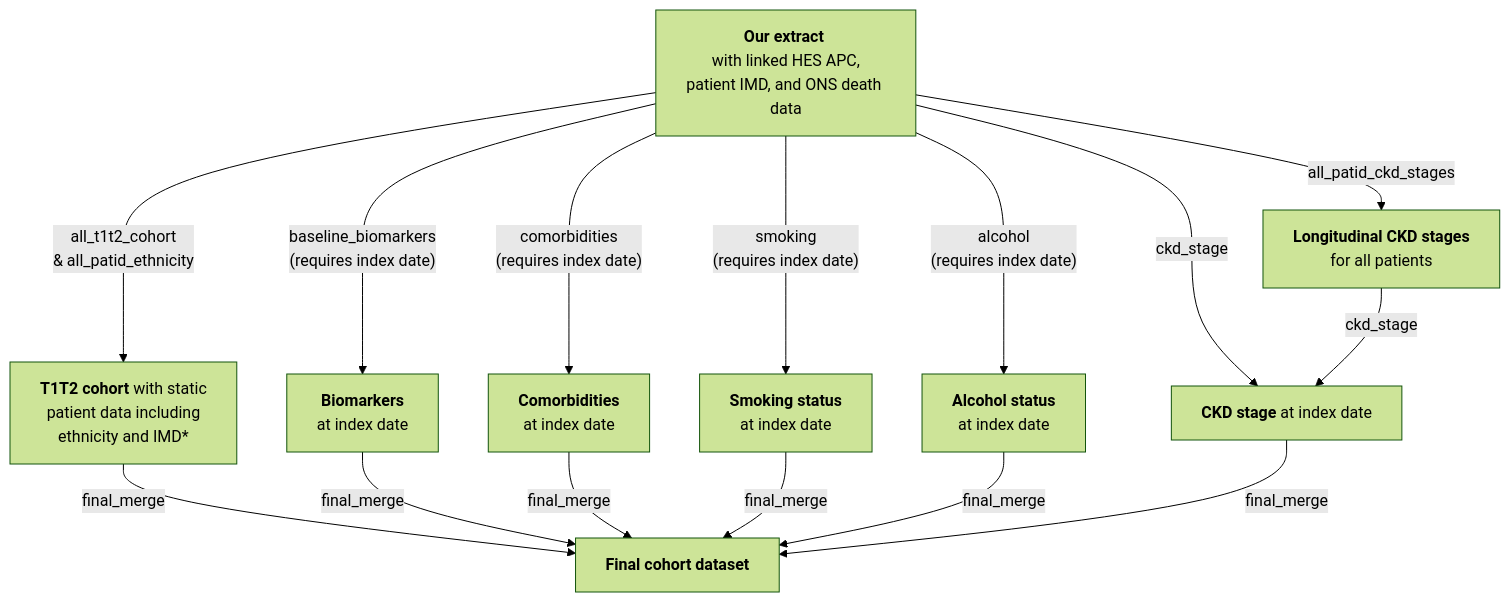
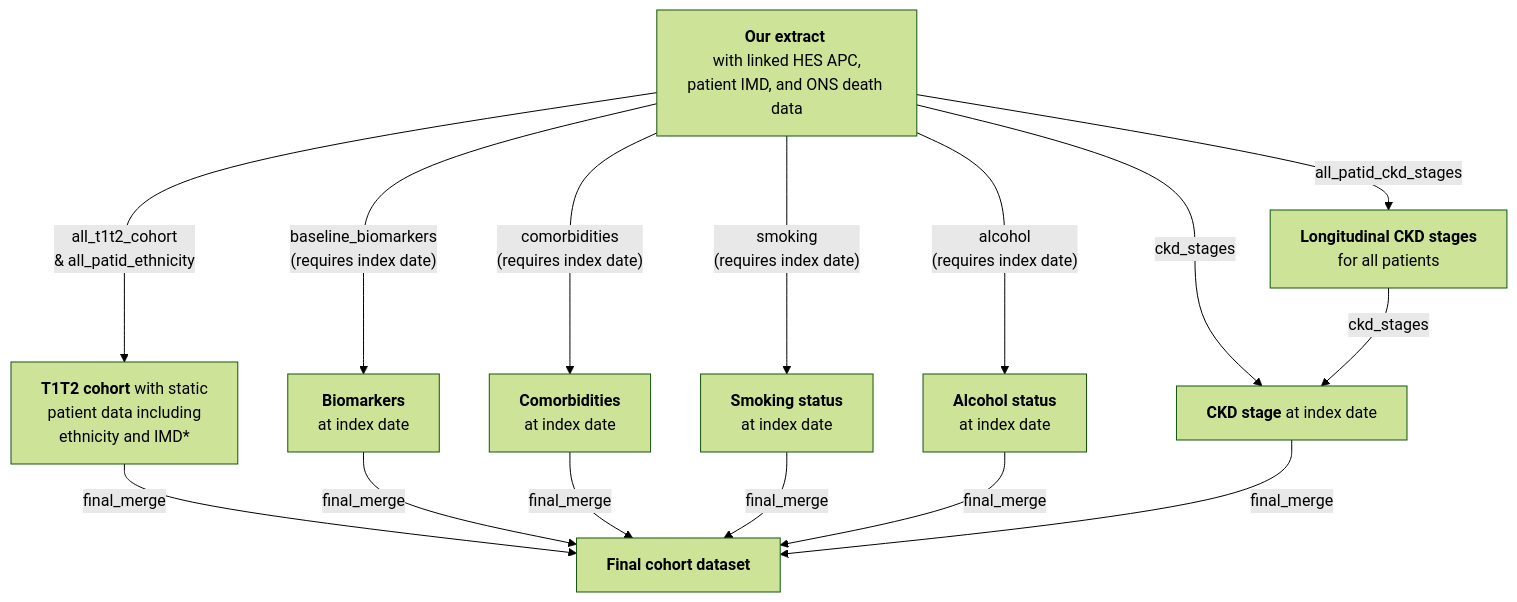
Before and after one commit to Exeter-Diabetes/CPRD-Cohort-scripts: the second of 2 diagrams in README.md, drawn with Mermaid (forest theme). The commit also changed other lines of this file, not shown here.

````diff
--- a/README.md
+++ b/README.md
@@ -46,17 +46,17 @@
 ```mermaid
 graph TD;
     A["<b>Our extract</b> <br> with linked HES APC, patient IMD, and ONS death data"] --> |"all_t1t2_cohort <br> & all_patid_ethnicity"|B["<b>T1T2 cohort</b> with static <br> patient data including <br> ethnicity and IMD*"]
     A-->|"all_patid_ckd_stages"|C["<b>Longitudinal CKD stages</b> <br> for all patients"]
     A-->|"baseline_biomarkers <br> (requires index date)"|E["<b>Biomarkers</b> <br> at index date"]
     A-->|"comorbidities <br> (requires index date)"|F["<b>Comorbidities</b> <br> at index date"]
     A-->|"smoking <br> (requires index date)"|G["<b>Smoking status</b> <br> at index date"]
     A-->|"alcohol <br> (requires index date)"|H["<b>Alcohol status</b> <br> at index date"]
-    A-->|"ckd_stage"|I["<b>CKD stage</b <br> at index date"]
-    C-->|"ckd_stage"|I
+    A-->|"ckd_stages"|I["<b>CKD stage</b <br> at index date"]
+    C-->|"ckd_stages"|I
     B-->|"final_merge"|J["<b>Final cohort dataset</b>"]
     E-->|"final_merge"|J
     F-->|"final_merge"|J
     G-->|"final_merge"|J
     H-->|"final_merge"|J
     I-->|"final_merge"|J
 ```
````
